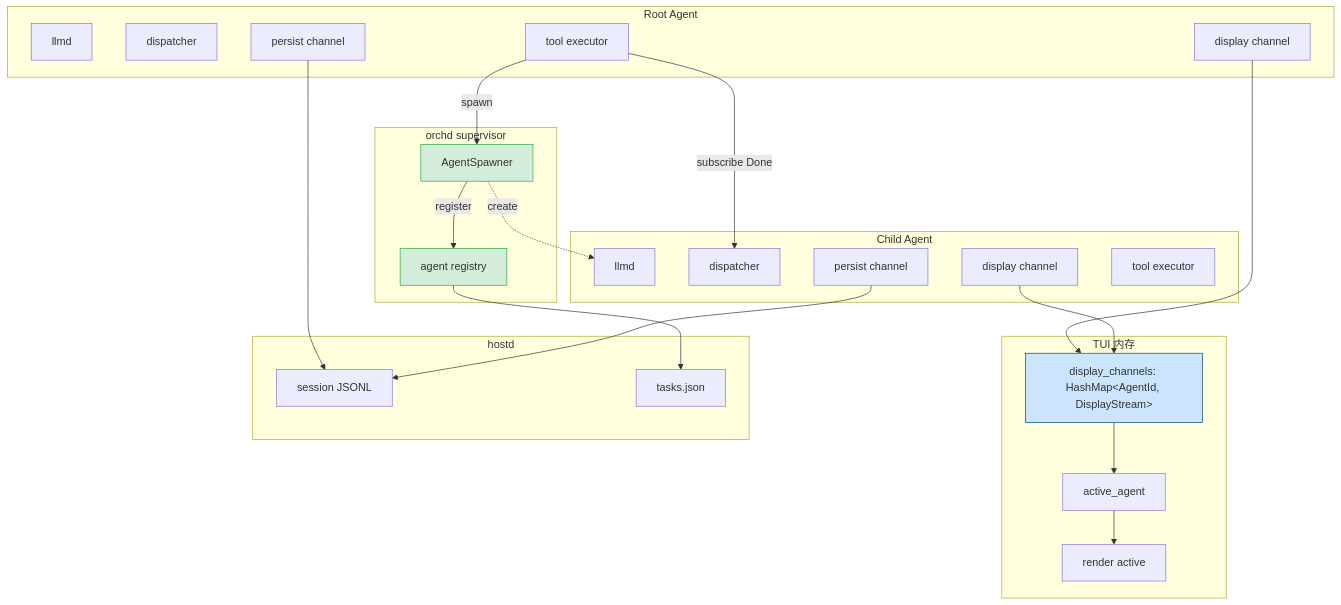
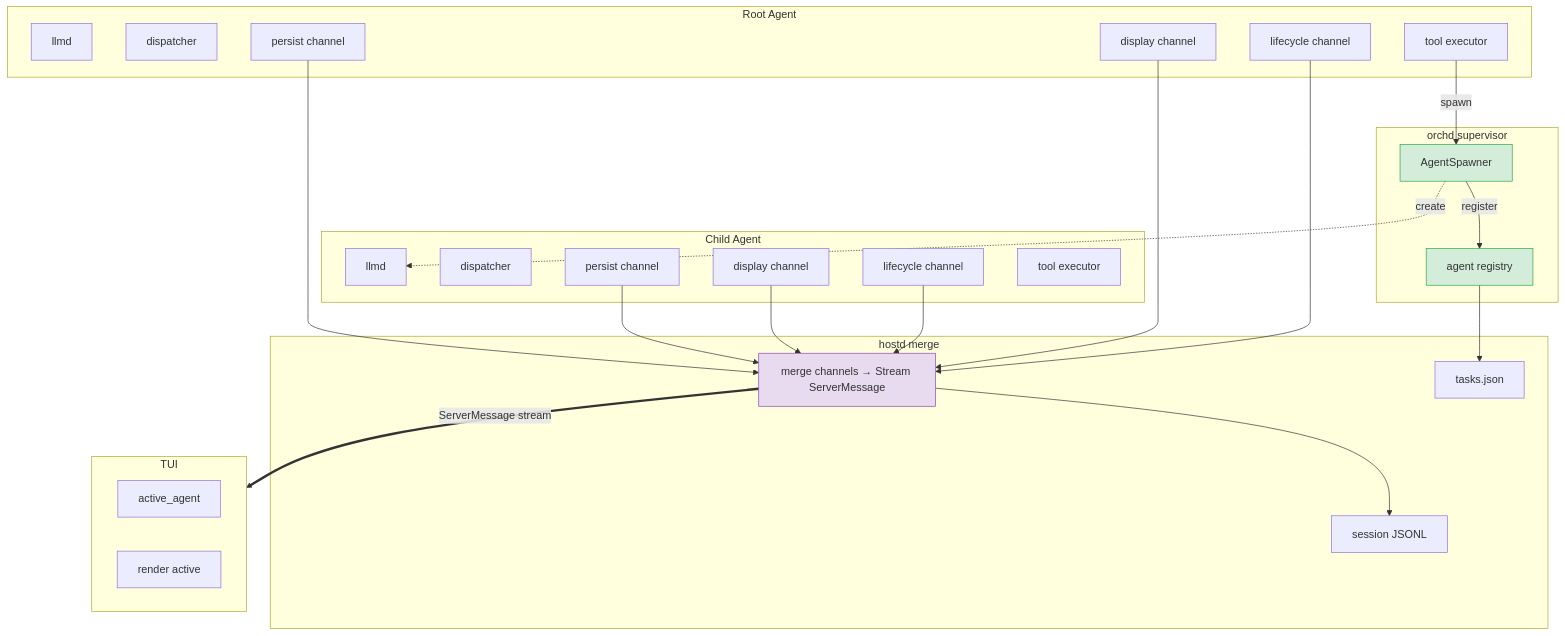
Before and after one commit to biuld/piko: the second of 2 diagrams in docs/stream-architecture.md, drawn with Mermaid. The commit also changed other lines of this file and 32 other files, not shown here.

````diff
--- a/docs/stream-architecture.md
+++ b/docs/stream-architecture.md
@@ -117,52 +172,52 @@
 ```mermaid
 graph TD
   subgraph ROOT[Root Agent]
     R_LLMD[llmd]
     R_DISP[dispatcher]
     R_PERSIST[persist channel]
     R_DISPLAY[display channel]
+    R_LIFECYCLE[lifecycle channel]
     R_EXEC[tool executor]
   end
 
   subgraph CHILD[Child Agent]
     C_LLMD[llmd]
     C_DISP[dispatcher]
     C_PERSIST[persist channel]
     C_DISPLAY[display channel]
+    C_LIFECYCLE[lifecycle channel]
     C_EXEC[tool executor]
   end
 
   subgraph ORCHD[orchd supervisor]
     REG[agent registry]
     SPAWNER[AgentSpawner]
   end
 
-  subgraph TUI[TUI 内存]
-    CHANNELS[display_channels: HashMap&lt;AgentId, DisplayStream&gt;]
+  subgraph HOSTD[hostd merge]
+    MERGE[merge channels → Stream ServerMessage]
+    JSONL[session JSONL]
+    SIDECAR[tasks.json]
+  end
+
+  subgraph TUI[TUI]
     ACTIVE[active_agent]
     RENDER[render active]
-  end
-
-  subgraph HOSTD[hostd]
-    JSONL[session JSONL]
-    SIDECAR[tasks.json]
   end
 
   R_EXEC -->|spawn| SPAWNER
   SPAWNER -->|register| REG
   SPAWNER -.->|create| C_LLMD
-  R_EXEC -->|subscribe Done| C_DISP
 
-  R_PERSIST --> JSONL
-  C_PERSIST --> JSONL
+  R_PERSIST & C_PERSIST --> MERGE
+  R_DISPLAY & C_DISPLAY --> MERGE
+  R_LIFECYCLE & C_LIFECYCLE --> MERGE
+
+  MERGE --> JSONL
+  MERGE == ServerMessage stream ==> TUI
   REG --> SIDECAR
-
-  R_DISPLAY --> CHANNELS
-  C_DISPLAY --> CHANNELS
-  CHANNELS --> ACTIVE
-  ACTIVE --> RENDER
 
   style REG fill:#d4edda,stroke:#28a745
   style SPAWNER fill:#d4edda,stroke:#28a745
-  style CHANNELS fill:#cce5ff,stroke:#004085
+  style MERGE fill:#e8daef,stroke:#8e44ad
 ```
````
